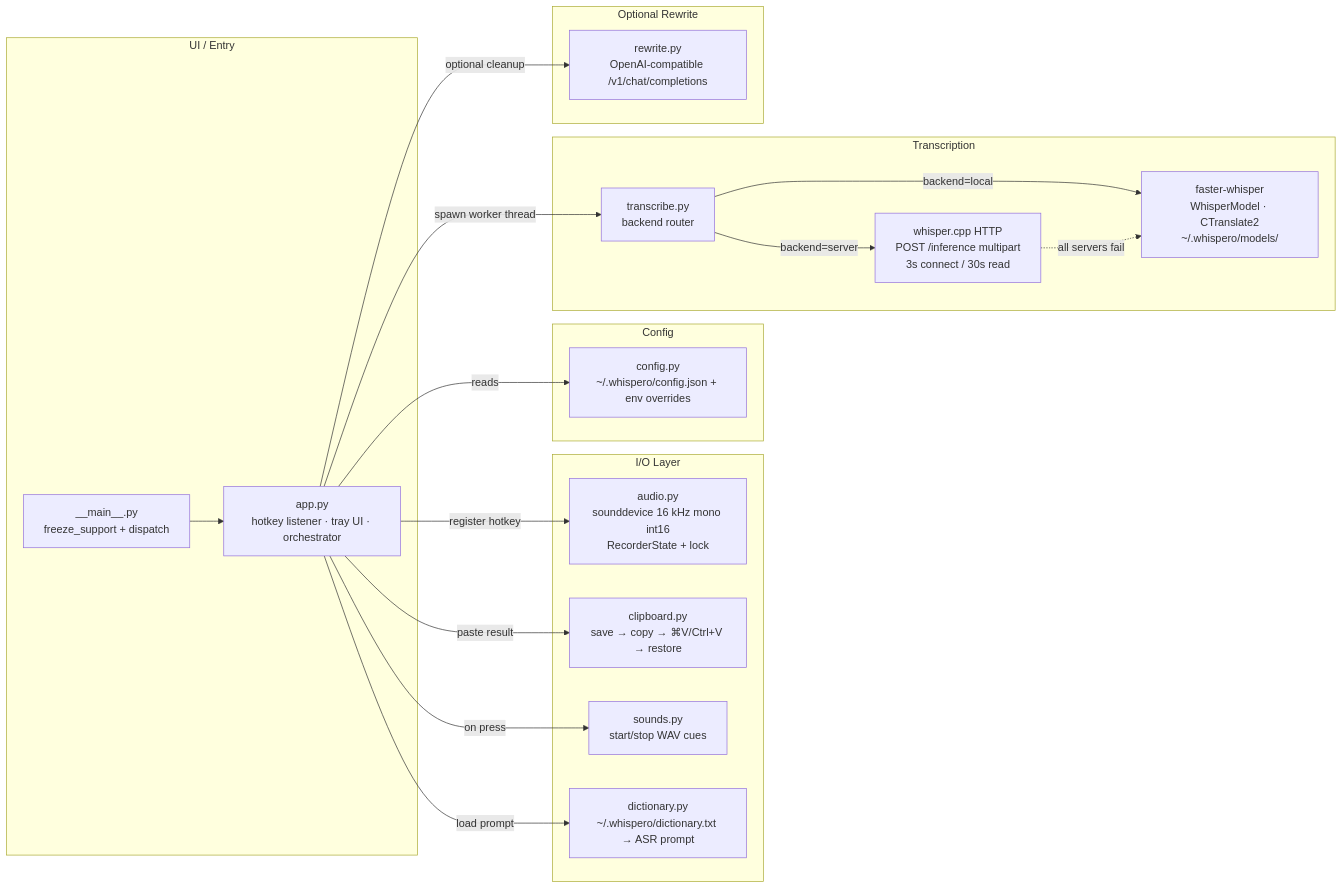
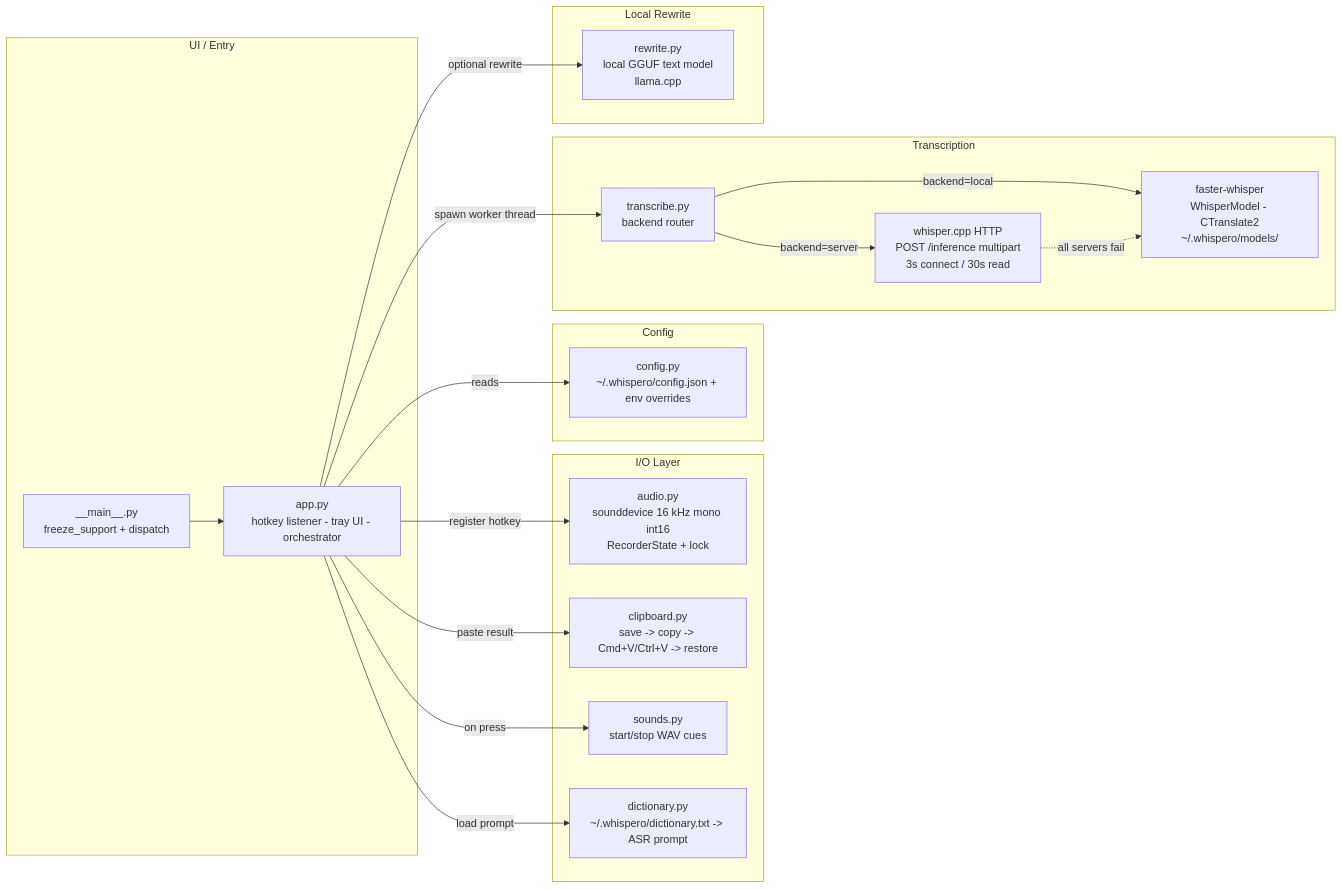
The first of 3 diagrams in README.md (ParkerCai/WhisperO), drawn with Mermaid before and after one commit. The commit also changed other lines of this file and 12 other files, not shown here.

First line of the commit message:
feat: add local rewrite

````diff
--- a/README.md
+++ b/README.md
@@ -161,41 +240,41 @@
 ```mermaid
 flowchart LR
     subgraph UI["UI / Entry"]
       MAIN["__main__.py<br/>freeze_support + dispatch"]
-      APP["app.py<br/>hotkey listener · tray UI · orchestrator"]
+      APP["app.py<br/>hotkey listener - tray UI - orchestrator"]
     end
 
     subgraph IO["I/O Layer"]
       AUDIO["audio.py<br/>sounddevice 16 kHz mono int16<br/>RecorderState + lock"]
-      CLIP["clipboard.py<br/>save → copy → ⌘V/Ctrl+V → restore"]
+      CLIP["clipboard.py<br/>save -> copy -> Cmd+V/Ctrl+V -> restore"]
       SND["sounds.py<br/>start/stop WAV cues"]
-      DICT["dictionary.py<br/>~/.whispero/dictionary.txt → ASR prompt"]
+      DICT["dictionary.py<br/>~/.whispero/dictionary.txt -> ASR prompt"]
     end
 
     subgraph CFG["Config"]
       CONFIG["config.py<br/>~/.whispero/config.json + env overrides"]
     end
 
     subgraph ASR["Transcription"]
       TRANS["transcribe.py<br/>backend router"]
-      LOCAL["faster-whisper<br/>WhisperModel · CTranslate2<br/>~/.whispero/models/"]
+      LOCAL["faster-whisper<br/>WhisperModel - CTranslate2<br/>~/.whispero/models/"]
       SERVER["whisper.cpp HTTP<br/>POST /inference multipart<br/>3s connect / 30s read"]
     end
 
-    subgraph LLM["Optional Rewrite"]
-      RW["rewrite.py<br/>OpenAI-compatible /v1/chat/completions"]
+    subgraph LLM["Local Rewrite"]
+      RW["rewrite.py<br/>local GGUF text model<br/>llama.cpp"]
     end
 
     MAIN --> APP
     APP -->|reads| CONFIG
     APP -->|register hotkey| AUDIO
     APP -->|on press| SND
     APP -->|load prompt| DICT
     APP -->|spawn worker thread| TRANS
+    APP -->|optional rewrite| RW
     APP -->|paste result| CLIP
-    APP -->|optional cleanup| RW
 
     TRANS -->|backend=local| LOCAL
     TRANS -->|backend=server| SERVER
     SERVER -.->|all servers fail| LOCAL
 ```
````
